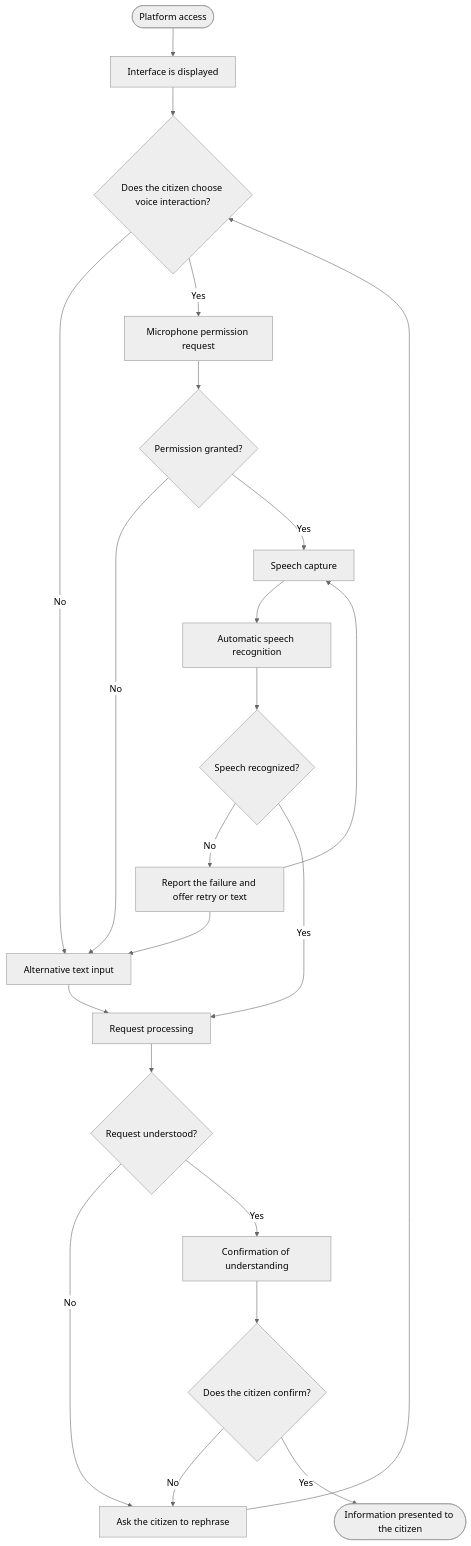
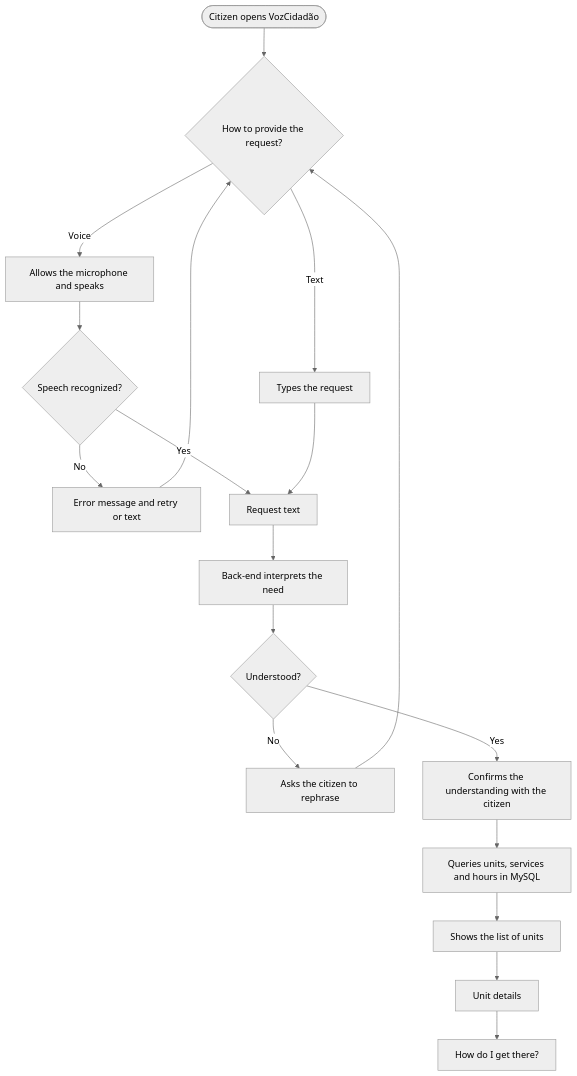
The fourth of 6 diagrams in README.md (Dudad771/ProjetoVozCidadao), drawn with Mermaid (neutral theme) before and after one commit. The commit also changed other lines of this file, not shown here.

````diff
--- a/README.md
+++ b/README.md
@@ -746,24 +867,20 @@
 ```mermaid
 flowchart TD
-    A([Platform access]) --> B[Interface is displayed]
-    B --> C{Does the citizen choose voice interaction?}
-    C -- No --> T[Alternative text input]
-    C -- Yes --> D[Microphone permission request]
-    D --> E{Permission granted?}
-    E -- No --> T
-    E -- Yes --> F[Speech capture]
-    F --> G[Automatic speech recognition]
-    G --> H{Speech recognized?}
-    H -- No --> I[Report the failure and offer retry or text]
-    I --> F
-    I --> T
-    H -- Yes --> K[Request processing]
-    T --> K
-    K --> L{Request understood?}
-    L -- No --> M[Ask the citizen to rephrase]
-    M --> C
-    L -- Yes --> N[Confirmation of understanding]
-    N --> O{Does the citizen confirm?}
-    O -- No --> M
-    O -- Yes --> P([Information presented to the citizen])
+    A([Citizen opens VozCidadão]) --> B{How to provide the request?}
+    B -->|Voice| C[Allows the microphone and speaks]
+    B -->|Text| D[Types the request]
+    C --> E{Speech recognized?}
+    E -->|No| F[Error message and retry or text]
+    F --> B
+    E -->|Yes| G[Request text]
+    D --> G
+    G --> H[Back-end interprets the need]
+    H --> I{Understood?}
+    I -->|No| J[Asks the citizen to rephrase]
+    J --> B
+    I -->|Yes| K[Confirms the understanding with the citizen]
+    K --> L[Queries units, services and hours in MySQL]
+    L --> M[Shows the list of units]
+    M --> N[Unit details]
+    N --> O[How do I get there?]
 ```
````
